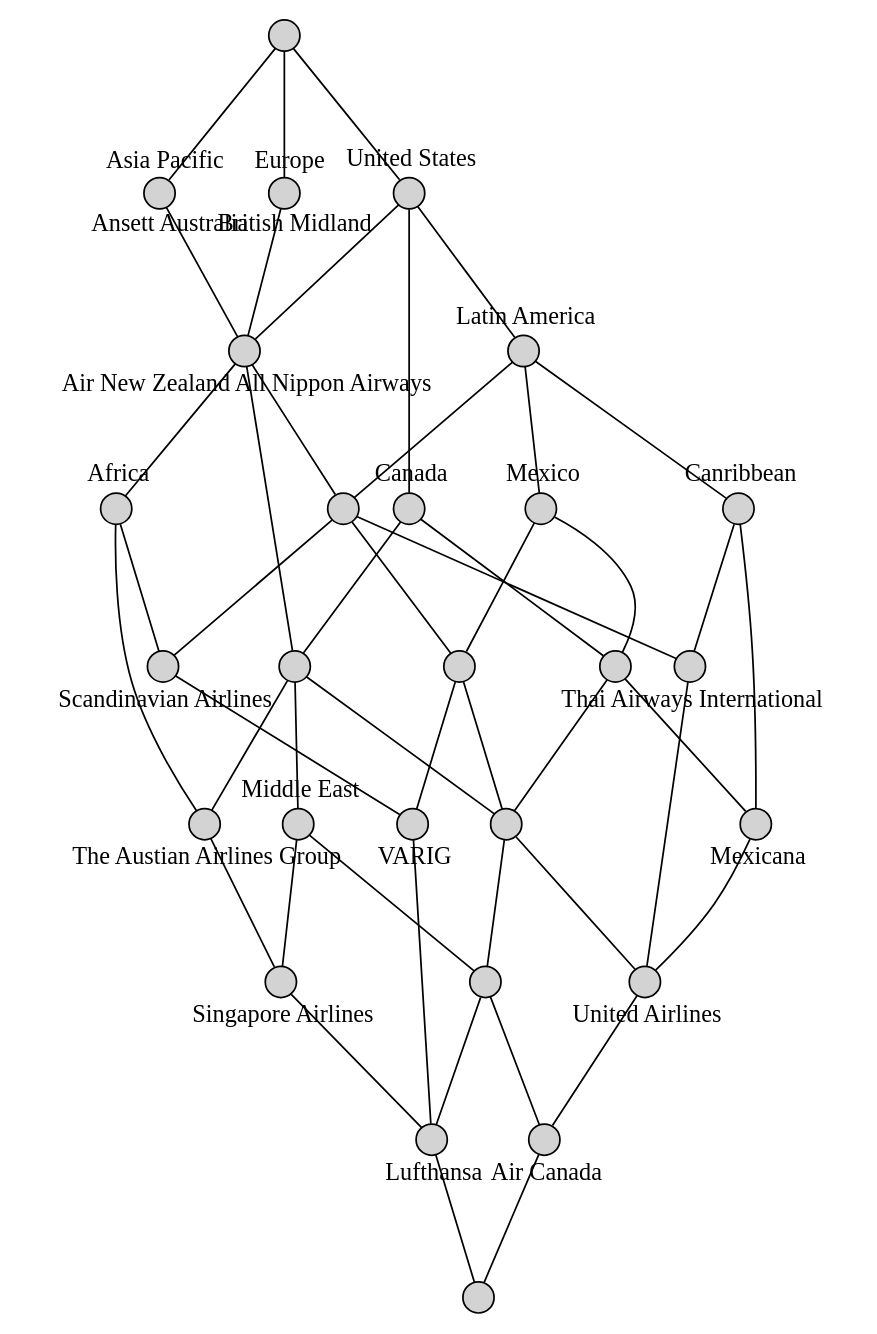
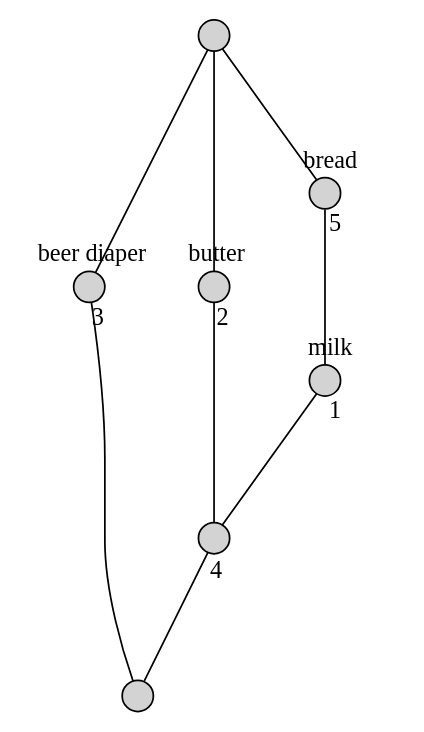
Before and after one commit to tyr1028/O3SELab: the diagram in Lattice.gv, drawn with Graphviz. The commit also changed 6 other files, not shown here.

```diff
--- a/Lattice.gv
+++ b/Lattice.gv
@@ -1,100 +1,29 @@
-// <Lattice object of 2 atoms 27 concepts 3 coatoms at 0x232d2e1d3a0>
+// <Lattice object of 2 atoms 7 concepts 3 coatoms at 0x13bbbdc7310>
 digraph Lattice {
 	node [label="" shape=circle style=filled width=.25]
 	edge [dir=none labeldistance=1.5 minlen=2]
 	c0
 	c1
-	c1 -> c1 [color=transparent headlabel="Air Canada" labelangle=270]
+	c1 -> c1 [color=transparent headlabel=3 labelangle=270]
+	c1 -> c1 [color=transparent labelangle=90 taillabel="beer diaper"]
 	c1 -> c0
 	c2
-	c2 -> c2 [color=transparent headlabel=Lufthansa labelangle=270]
+	c2 -> c2 [color=transparent headlabel=4 labelangle=270]
 	c2 -> c0
 	c3
-	c3 -> c1
+	c3 -> c3 [color=transparent headlabel=1 labelangle=270]
+	c3 -> c3 [color=transparent labelangle=90 taillabel=milk]
 	c3 -> c2
 	c4
-	c4 -> c4 [color=transparent headlabel="United Airlines" labelangle=270]
-	c4 -> c1
+	c4 -> c4 [color=transparent headlabel=2 labelangle=270]
+	c4 -> c4 [color=transparent labelangle=90 taillabel=butter]
+	c4 -> c2
 	c5
-	c5 -> c5 [color=transparent headlabel="Singapore Airlines" labelangle=270]
-	c5 -> c2
+	c5 -> c5 [color=transparent headlabel=5 labelangle=270]
+	c5 -> c5 [color=transparent labelangle=90 taillabel=bread]
+	c5 -> c3
 	c6
-	c6 -> c6 [color=transparent headlabel=VARIG labelangle=270]
-	c6 -> c2
-	c7
-	c7 -> c7 [color=transparent labelangle=90 taillabel="Middle East"]
-	c7 -> c3
-	c7 -> c5
-	c8
-	c8 -> c3
-	c8 -> c4
-	c9
-	c9 -> c9 [color=transparent headlabel=Mexicana labelangle=270]
-	c9 -> c4
-	c10
-	c10 -> c10 [color=transparent headlabel="Thai Airways International" labelangle=270]
-	c10 -> c4
-	c11
-	c11 -> c11 [color=transparent headlabel="The Austian Airlines Group" labelangle=270]
-	c11 -> c5
-	c12
-	c12 -> c12 [color=transparent headlabel="Scandinavian Airlines" labelangle=270]
-	c12 -> c6
-	c13
-	c13 -> c8
-	c13 -> c9
-	c14
-	c14 -> c6
-	c14 -> c8
-	c15
-	c15 -> c15 [color=transparent labelangle=90 taillabel=Canribbean]
-	c15 -> c9
-	c15 -> c10
-	c16
-	c16 -> c7
-	c16 -> c8
-	c16 -> c11
-	c17
-	c17 -> c17 [color=transparent labelangle=90 taillabel=Mexico]
-	c17 -> c13
-	c17 -> c14
-	c18
-	c18 -> c18 [color=transparent labelangle=90 taillabel=Africa]
-	c18 -> c11
-	c18 -> c12
-	c19
-	c19 -> c19 [color=transparent labelangle=90 taillabel=Canada]
-	c19 -> c13
-	c19 -> c16
-	c20
-	c20 -> c10
-	c20 -> c12
-	c20 -> c14
-	c21
-	c21 -> c21 [color=transparent labelangle=90 taillabel="Latin America"]
-	c21 -> c15
-	c21 -> c17
-	c21 -> c20
-	c22
-	c22 -> c22 [color=transparent headlabel="Air New Zealand All Nippon Airways" labelangle=270]
-	c22 -> c16
-	c22 -> c18
-	c22 -> c20
-	c23
-	c23 -> c23 [color=transparent headlabel="Ansett Australia" labelangle=270]
-	c23 -> c23 [color=transparent labelangle=90 taillabel="Asia Pacific"]
-	c23 -> c22
-	c24
-	c24 -> c24 [color=transparent headlabel="British Midland" labelangle=270]
-	c24 -> c24 [color=transparent labelangle=90 taillabel=Europe]
-	c24 -> c22
-	c25
-	c25 -> c25 [color=transparent labelangle=90 taillabel="United States"]
-	c25 -> c19
-	c25 -> c21
-	c25 -> c22
-	c26
-	c26 -> c23
-	c26 -> c24
-	c26 -> c25
+	c6 -> c1
+	c6 -> c4
+	c6 -> c5
 }
```
